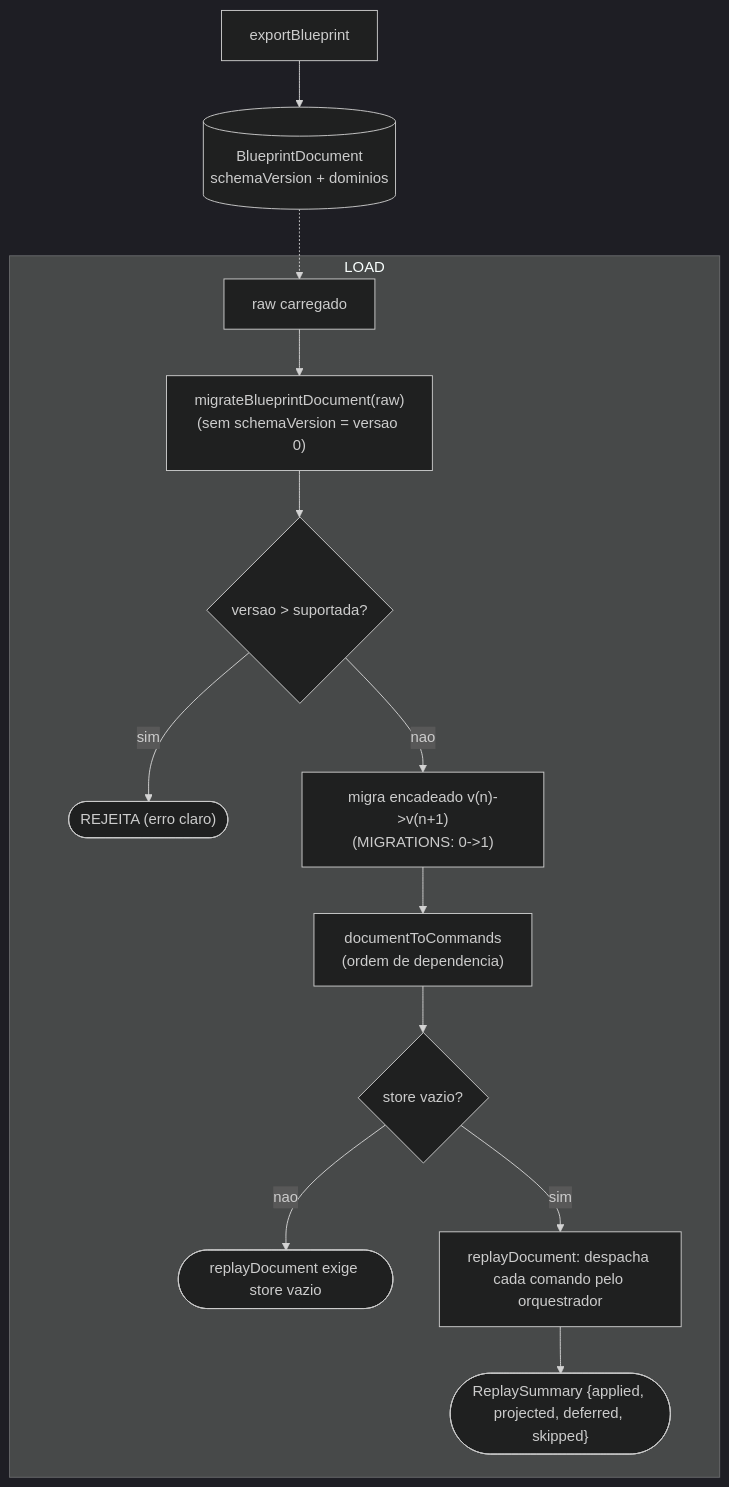
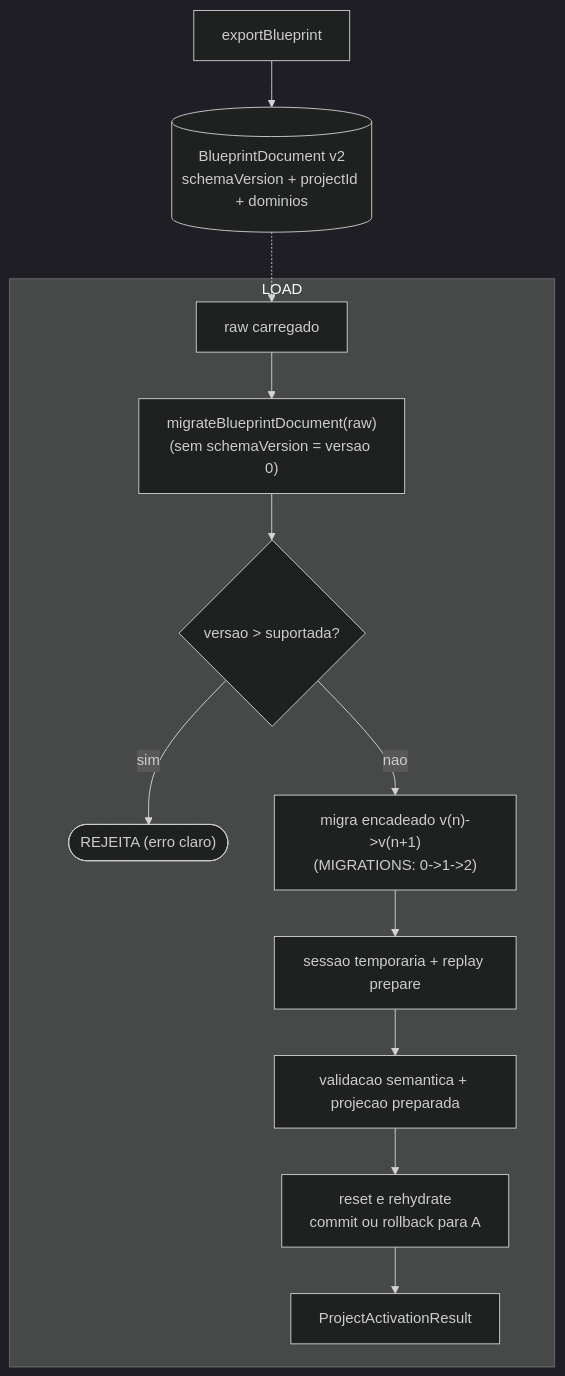
Before and after one commit to flaviotinococoutinho/Gridsmith: the fourth of 8 diagrams in docs/ARCHITECTURE-SPEC.md, drawn with Mermaid (dark theme). The commit also changed other lines of this file and 68 other files, not shown here.

````diff
--- a/docs/ARCHITECTURE-SPEC.md
+++ b/docs/ARCHITECTURE-SPEC.md
@@ -719,16 +738,15 @@
 ```mermaid
 graph TD
-  EXP["exportBlueprint"] --> DOC[("BlueprintDocument<br/>schemaVersion + dominios")]
+  EXP["exportBlueprint"] --> DOC[("BlueprintDocument v2<br/>schemaVersion + projectId + dominios")]
   DOC -.-> RAW["raw carregado"]
   subgraph LOAD["LOAD"]
     RAW --> MIG["migrateBlueprintDocument(raw)<br/>(sem schemaVersion = versao 0)"]
     MIG --> V{"versao > suportada?"}
     V -->|"sim"| REJ(["REJEITA (erro claro)"])
-    V -->|"nao"| CHAIN["migra encadeado v(n)->v(n+1)<br/>(MIGRATIONS: 0->1)"]
-    CHAIN --> CMD["documentToCommands<br/>(ordem de dependencia)"]
-    CMD --> CHK{"store vazio?"}
-    CHK -->|"nao"| ERR(["replayDocument exige store vazio"])
-    CHK -->|"sim"| REP["replayDocument: despacha cada comando pelo orquestrador"]
-    REP --> SUM(["ReplaySummary {applied, projected, deferred, skipped}"])
+    V -->|"nao"| CHAIN["migra encadeado v(n)->v(n+1)<br/>(MIGRATIONS: 0->1->2)"]
+    CHAIN --> TMP["sessao temporaria + replay prepare"]
+    TMP --> SEM["validacao semantica + projecao preparada"]
+    SEM --> COMMIT["reset e rehydrate<br/>commit ou rollback para A"]
+    COMMIT --> SUM["ProjectActivationResult"]
   end
 ```
````
